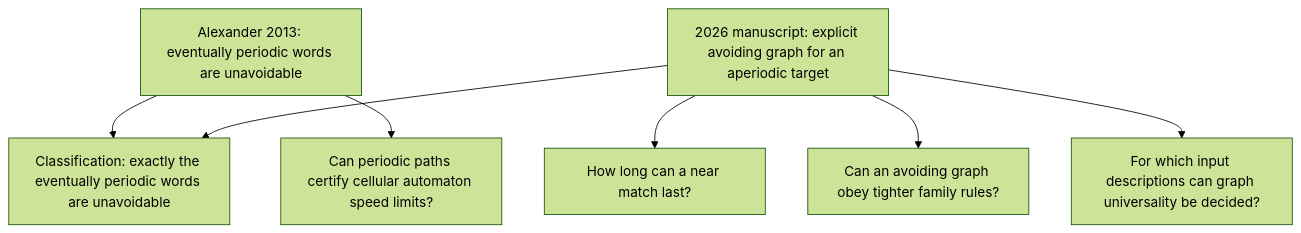
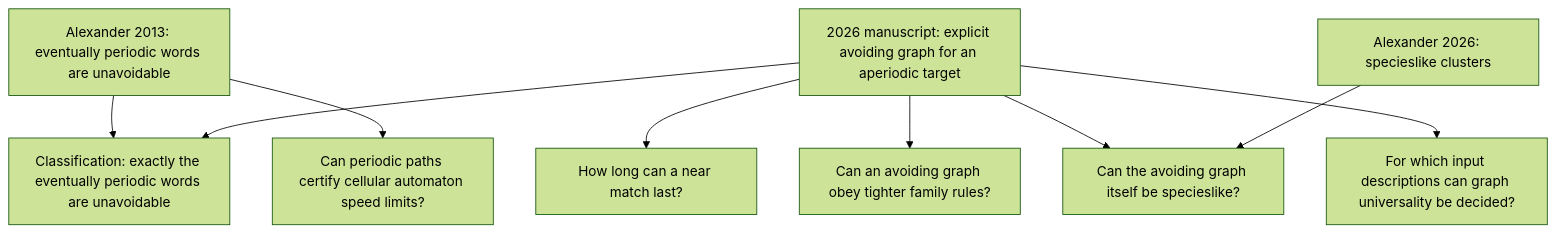
One commit to Sodelin/Work-on-Samuel-Alexander-Research- changed the diagram in RESEARCH-MAP.md. Above: the diagram before and after it, drawn with Mermaid (forest theme). The commit also changed other lines of this file and 9 other files, not shown here.

````diff
--- a/RESEARCH-MAP.md
+++ b/RESEARCH-MAP.md
@@ -11,9 +11,11 @@
 ```mermaid
 flowchart TD
   A[Alexander 2013: eventually periodic words are unavoidable] --> C[Classification: exactly the eventually periodic words are unavoidable]
   B[2026 manuscript: explicit avoiding graph for an aperiodic target] --> C
   B --> T[How long can a near match last?]
   B --> D[Can an avoiding graph obey tighter family rules?]
+  B --> S[Can the avoiding graph itself be specieslike?]
+  E[Alexander 2026: specieslike clusters] --> S
   A --> L[Can periodic paths certify cellular automaton speed limits?]
   B --> U[For which input descriptions can graph universality be decided?]
 ```
````
